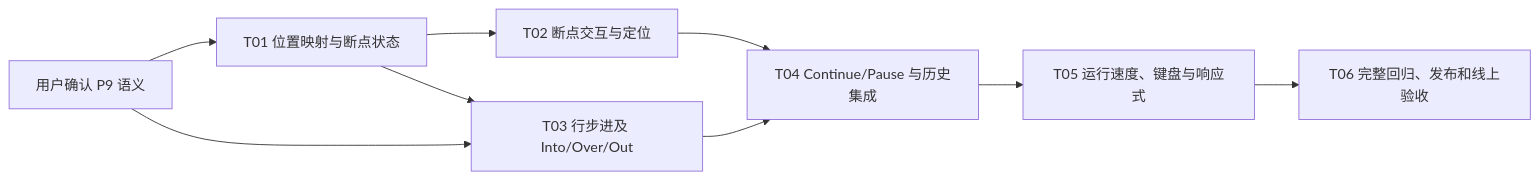
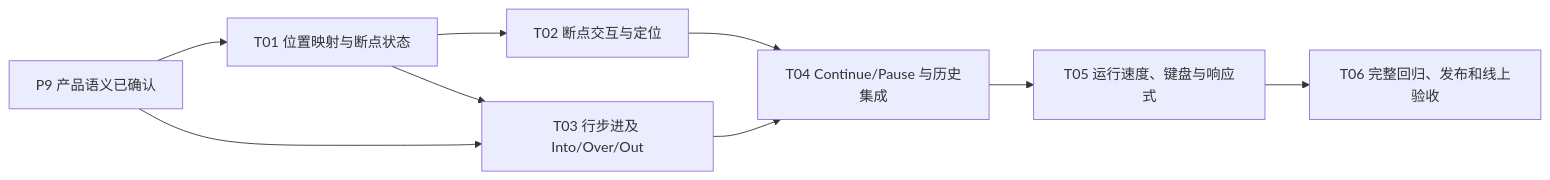
One commit to wishflow/wishflow-tools changed the diagram in apps/python-interpreter-lab/docs/tasks/p09-teaching-debugger.md. Above: the diagram before and after it, drawn with Mermaid. The commit also changed other lines of this file and 7 other files, not shown here.

````diff
--- a/apps/python-interpreter-lab/docs/tasks/p09-teaching-debugger.md
+++ b/apps/python-interpreter-lab/docs/tasks/p09-teaching-debugger.md
@@ -14,11 +14,11 @@
 ```mermaid
 flowchart LR
-    A[用户确认 P9 语义] --> T01[T01 位置映射与断点状态]
+    A[P9 产品语义已确认] --> T01[T01 位置映射与断点状态]
     T01 --> T02[T02 断点交互与定位]
     A --> T03[T03 行步进及 Into/Over/Out]
     T01 --> T03
     T02 --> T04[T04 Continue/Pause 与历史集成]
     T03 --> T04
     T04 --> T05[T05 运行速度、键盘与响应式]
     T05 --> T06[T06 完整回归、发布和线上验收]
 ```
````
